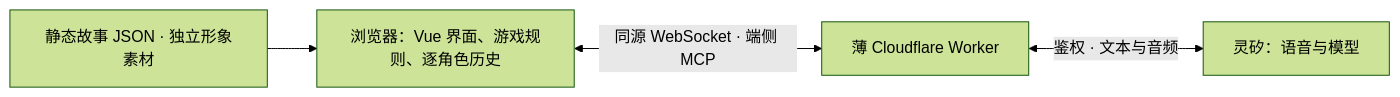
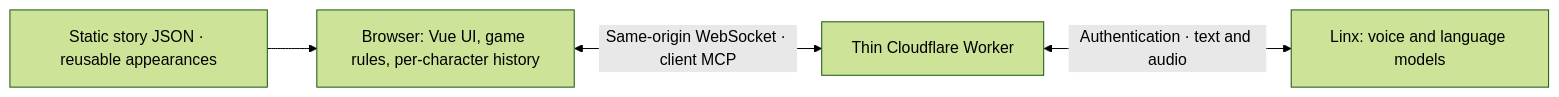
Before and after one commit to nighca/lie: the diagram in README.md, drawn with Mermaid (forest theme). The commit also changed other lines of this file and 1 other file, not shown here.

````diff
--- a/README.md
+++ b/README.md
@@ -55,6 +80,6 @@
 ```mermaid
 flowchart LR
-    Content["静态故事 JSON · 独立形象素材"] --> Browser["浏览器：Vue 界面、游戏规则、逐角色历史"]
-    Browser <-->|"同源 WebSocket · 端侧 MCP"| Worker["薄 Cloudflare Worker"]
-    Worker <-->|"鉴权 · 文本与音频"| Linx["灵矽：语音与模型"]
+    Content["Static story JSON · reusable appearances"] --> Browser["Browser: Vue UI, game rules, per-character history"]
+    Browser <-->|"Same-origin WebSocket · client MCP"| Worker["Thin Cloudflare Worker"]
+    Worker <-->|"Authentication · text and audio"| Linx["Linx: voice and language models"]
 ```
````
